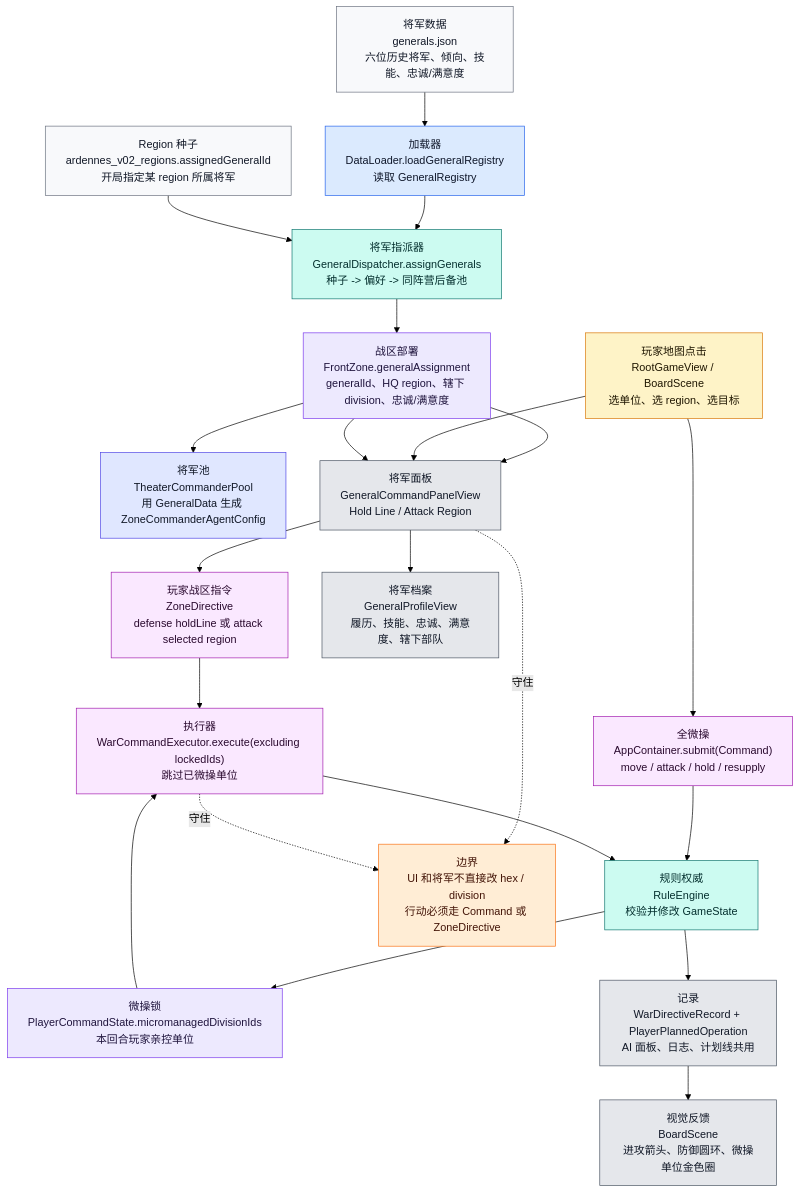
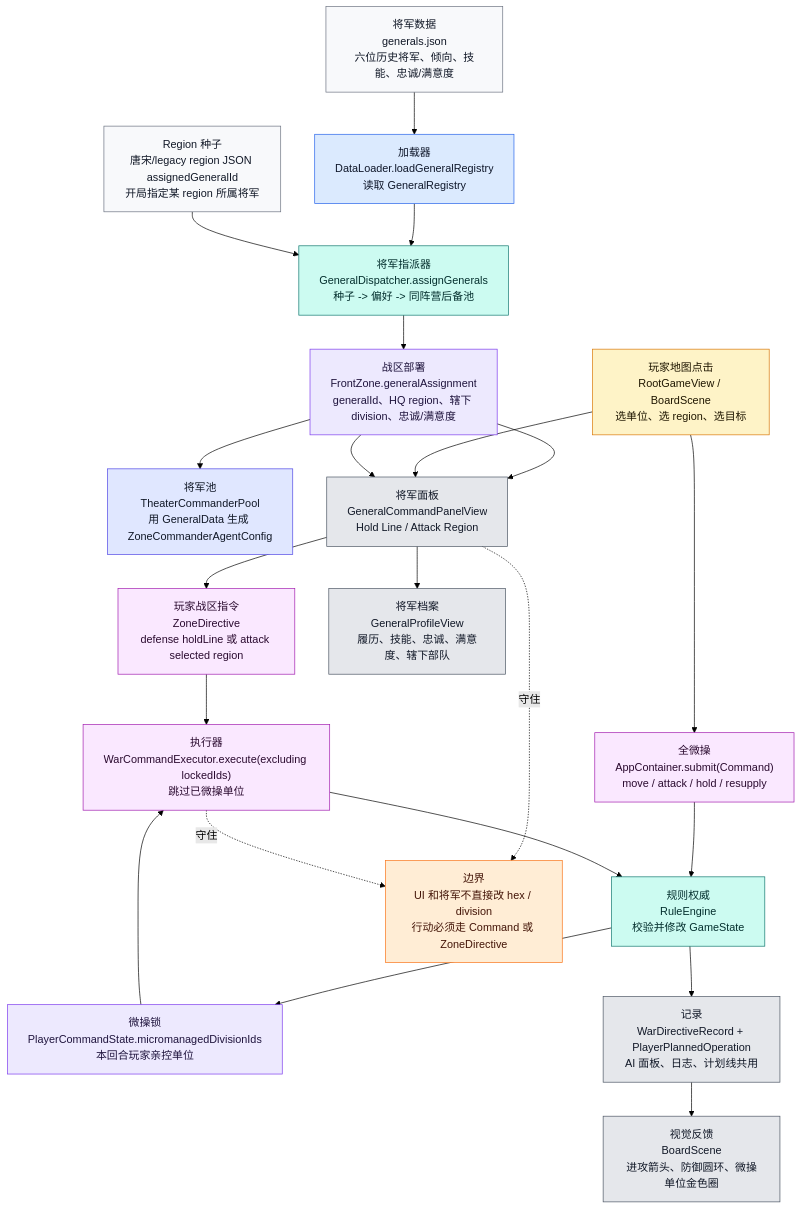
The eighth of 9 diagrams in md/flow/flowchart.md (Altman-sam114/125), drawn with Mermaid (forest theme) before and after one commit. The commit also changed other lines of this file and 10 other files, not shown here.

````diff
--- a/md/flow/flowchart.md
+++ b/md/flow/flowchart.md
@@ -400,42 +400,42 @@
 ```mermaid
 flowchart TD
     GJSON["将军数据<br/>generals.json<br/>六位历史将军、倾向、技能、忠诚/满意度"]:::data
-    RJSON["Region 种子<br/>ardennes_v02_regions.assignedGeneralId<br/>开局指定某 region 所属将军"]:::data
+    RJSON["Region 种子<br/>唐宋/legacy region JSON assignedGeneralId<br/>开局指定某 region 所属将军"]:::data
     DL["加载器<br/>DataLoader.loadGeneralRegistry<br/>读取 GeneralRegistry"]:::loader
     DISP["将军指派器<br/>GeneralDispatcher.assignGenerals<br/>种子 -> 偏好 -> 同阵营后备池"]:::rules
     FZ["战区部署<br/>FrontZone.generalAssignment<br/>generalId、HQ region、辖下 division、忠诚/满意度"]:::state
     POOL["将军池<br/>TheaterCommanderPool<br/>用 GeneralData 生成 ZoneCommanderAgentConfig"]:::ai
 
     TAP["玩家地图点击<br/>RootGameView / BoardScene<br/>选单位、选 region、选目标"]:::input
     MICRO["全微操<br/>AppContainer.submit(Command)<br/>move / attack / hold / resupply"]:::command
     LOCK["微操锁<br/>PlayerCommandState.micromanagedDivisionIds<br/>本回合玩家亲控单位"]:::state
     GENUI["将军面板<br/>GeneralCommandPanelView<br/>Hold Line / Attack Region"]:::ui
     ZD["玩家战区指令<br/>ZoneDirective<br/>defense holdLine 或 attack selected region"]:::command
     WCE["执行器<br/>WarCommandExecutor.execute(excluding lockedIds)<br/>跳过已微操单位"]:::command
     RE["规则权威<br/>RuleEngine<br/>校验并修改 GameState"]:::rules
     RECORD["记录<br/>WarDirectiveRecord + PlayerPlannedOperation<br/>AI 面板、日志、计划线共用"]:::ui
     BOARD["视觉反馈<br/>BoardScene<br/>进攻箭头、防御圆环、微操单位金色圈"]:::ui
     PROFILE["将军档案<br/>GeneralProfileView<br/>履历、技能、忠诚、满意度、辖下部队"]:::ui
 
     GJSON --> DL --> DISP
     RJSON --> DISP --> FZ --> POOL
     FZ --> GENUI --> PROFILE
     TAP --> MICRO --> RE --> LOCK
     LOCK --> WCE
     TAP --> GENUI --> ZD --> WCE --> RE --> RECORD --> BOARD
     FZ --> GENUI
 
     WARN["边界<br/>UI 和将军不直接改 hex / division<br/>行动必须走 Command 或 ZoneDirective"]:::warn
     GENUI -.守住.-> WARN
     WCE -.守住.-> WARN
 
     classDef data fill:#f8f9fb,stroke:#6b7280,color:#111827
     classDef loader fill:#dbeafe,stroke:#2563eb,color:#0f172a
     classDef state fill:#ede9fe,stroke:#7c3aed,color:#1f143d
     classDef ai fill:#e0e7ff,stroke:#4f46e5,color:#111827
     classDef input fill:#fef3c7,stroke:#d97706,color:#1f1600
     classDef command fill:#fae8ff,stroke:#a21caf,color:#2a0a2f
     classDef rules fill:#ccfbf1,stroke:#0f766e,color:#042f2e
     classDef ui fill:#e5e7eb,stroke:#4b5563,color:#111827
     classDef warn fill:#ffedd5,stroke:#f97316,color:#431407
 ```
````
